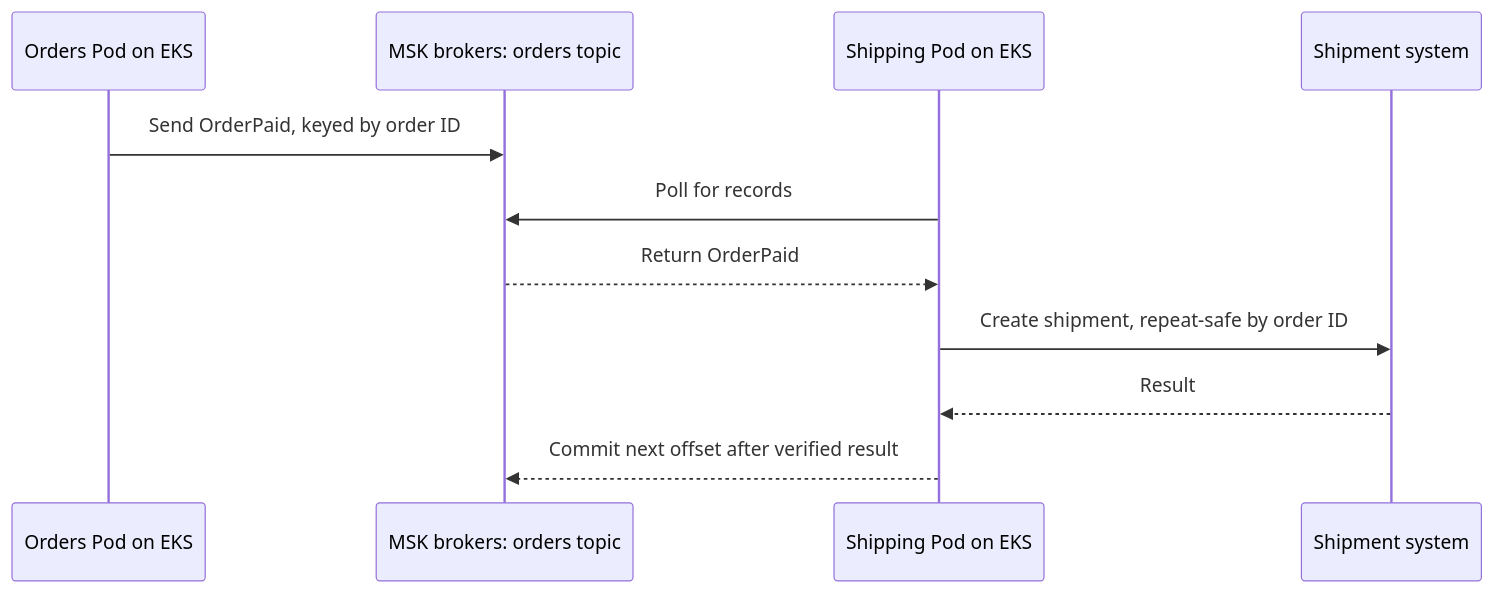
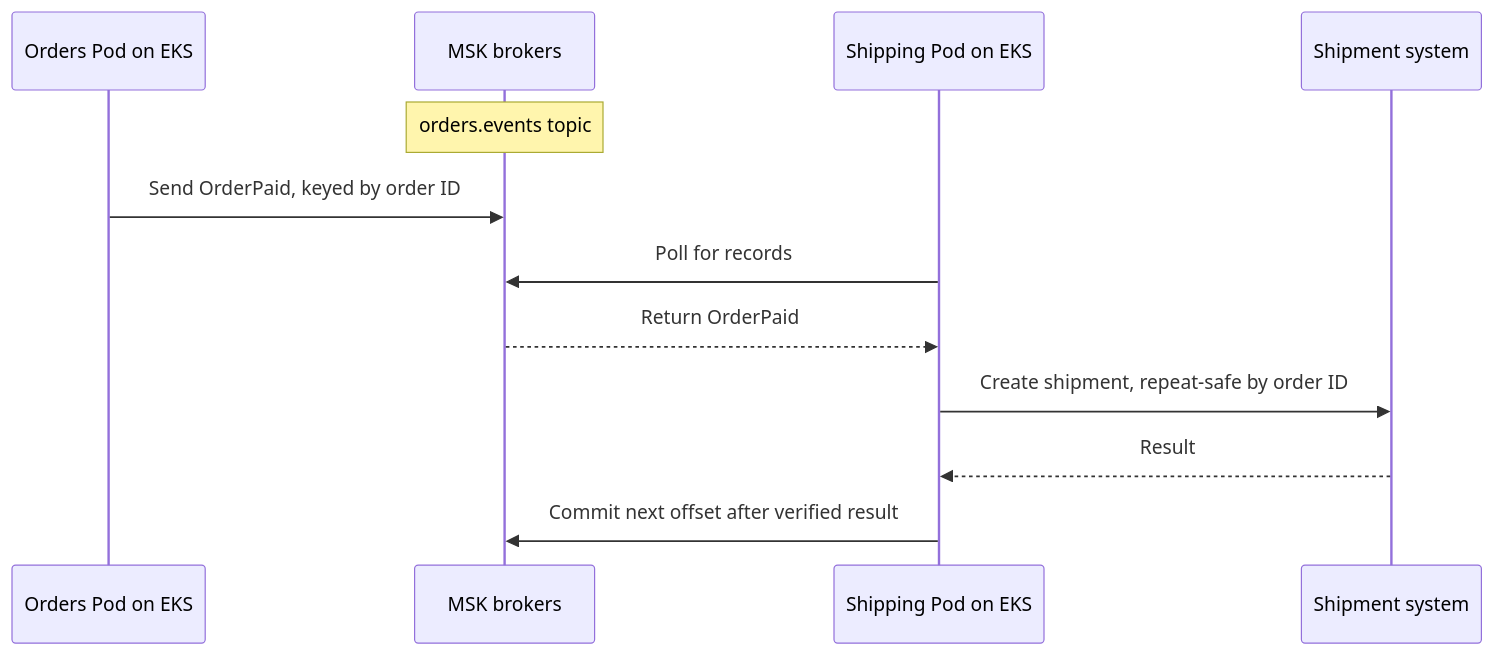
Before and after one commit to David-A18/MY-humble-knowledge-for-everyone: the diagram in knowledge/cross-topic-guides/eks-to-msk-applications.md, drawn with Mermaid. The commit also changed other lines of this file and 7 other files, not shown here.

````diff
--- a/knowledge/cross-topic-guides/eks-to-msk-applications.md
+++ b/knowledge/cross-topic-guides/eks-to-msk-applications.md
@@ -146,13 +153,14 @@
 ```mermaid
 sequenceDiagram
   participant Orders as Orders Pod on EKS
-  participant MSK as MSK brokers: orders topic
+  participant MSK as MSK brokers
   participant Shipping as Shipping Pod on EKS
   participant System as Shipment system
+  Note over MSK: orders.events topic
   Orders->>MSK: Send OrderPaid, keyed by order ID
   Shipping->>MSK: Poll for records
   MSK-->>Shipping: Return OrderPaid
   Shipping->>System: Create shipment, repeat-safe by order ID
   System-->>Shipping: Result
-  Shipping-->>MSK: Commit next offset after verified result
+  Shipping->>MSK: Commit next offset after verified result
 ```
````
